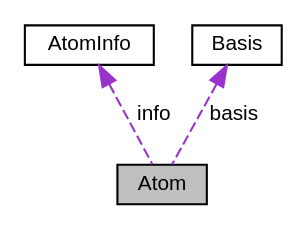
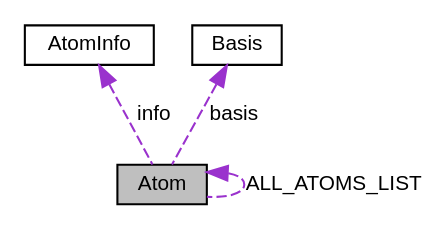
Before and after one commit to alejandrogallo/asy-atoms: the diagram in structAtom__coll__graph.dot, drawn with Graphviz. The commit also changed 26 other files, not shown here.

```diff
--- a/structAtom__coll__graph.dot
+++ b/structAtom__coll__graph.dot
@@ -1,10 +1,11 @@
 digraph "Atom"
 {
   edge [fontname="Helvetica",fontsize="10",labelfontname="Helvetica",labelfontsize="10"];
   node [fontname="Helvetica",fontsize="10",shape=record];
   Node1 [label="Atom",height=0.2,width=0.4,color="black", fillcolor="grey75", style="filled", fontcolor="black"];
   Node2 -> Node1 [dir="back",color="darkorchid3",fontsize="10",style="dashed",label=" info" ,fontname="Helvetica"];
   Node2 [label="AtomInfo",height=0.2,width=0.4,color="black", fillcolor="white", style="filled",URL="$structAtomInfo.html",tooltip="Structure for storing atomic information. "];
   Node3 -> Node1 [dir="back",color="darkorchid3",fontsize="10",style="dashed",label=" basis" ,fontname="Helvetica"];
   Node3 [label="Basis",height=0.2,width=0.4,color="black", fillcolor="white", style="filled",URL="$structBasis.html",tooltip="Vector basis object. "];
+  Node1 -> Node1 [dir="back",color="darkorchid3",fontsize="10",style="dashed",label=" ALL_ATOMS_LIST" ,fontname="Helvetica"];
 }
```
